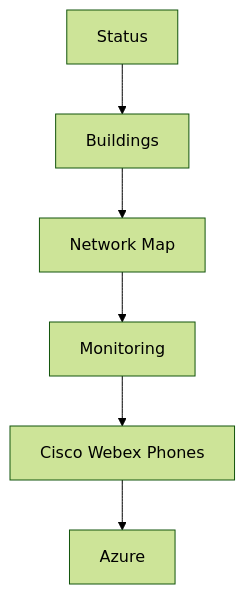
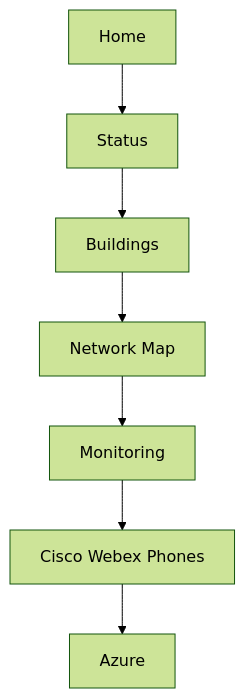
One commit to OlderschCoder/Network-Insight-Hub changed the first of 2 diagrams in docs/campus-operations-navigation.md. Above: the diagram before and after it, drawn with Mermaid (forest theme). The commit also changed other lines of this file and 21 other files, not shown here.

````diff
--- a/docs/campus-operations-navigation.md
+++ b/docs/campus-operations-navigation.md
@@ -6,8 +7,9 @@
 ```mermaid
 flowchart TD
-    S[Status] --> B[Buildings]
+    H[Home] --> S[Status]
+    S --> B[Buildings]
     B --> N[Network Map]
     N --> M[Monitoring]
     M --> P[Cisco Webex Phones]
     P --> A[Azure]
 ```
````
